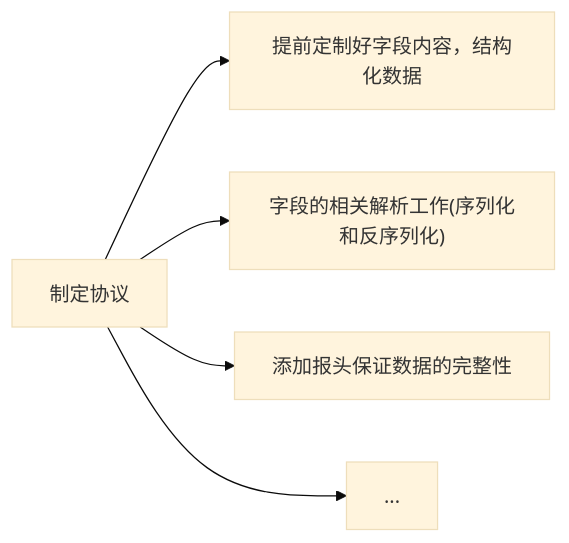
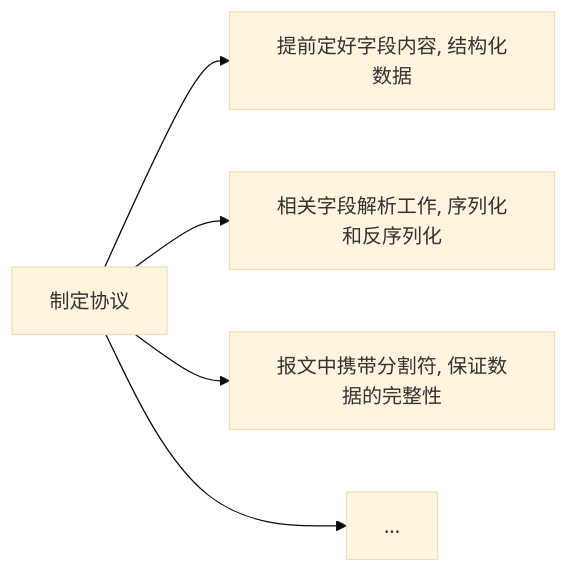
The diagram in Computer_Networks_Note/003+limou+2024_03_18+应用层.md (xiaogithubooo/LimouLearnNote), drawn with Mermaid (base theme) before and after one commit. The commit also changed other lines of this file and 4 other files, not shown here.

````diff
--- a/Computer_Networks_Note/003+limou+2024_03_18+应用层.md
+++ b/Computer_Networks_Note/003+limou+2024_03_18+应用层.md
@@ -44,4 +40,4 @@
 ```mermaid
 flowchart LR
-制定协议 --> a["提前定制好字段内容，结构化数据"] & b["字段的相关解析工作(序列化和反序列化)"] & c["添加报头保证数据的完整性"] & ...
+制定协议 --> a["提前定好字段内容, 结构化数据"] & b["相关字段解析工作, 序列化和反序列化"] & c["报文中携带分割符, 保证数据的完整性"] & ...
 ```
````
